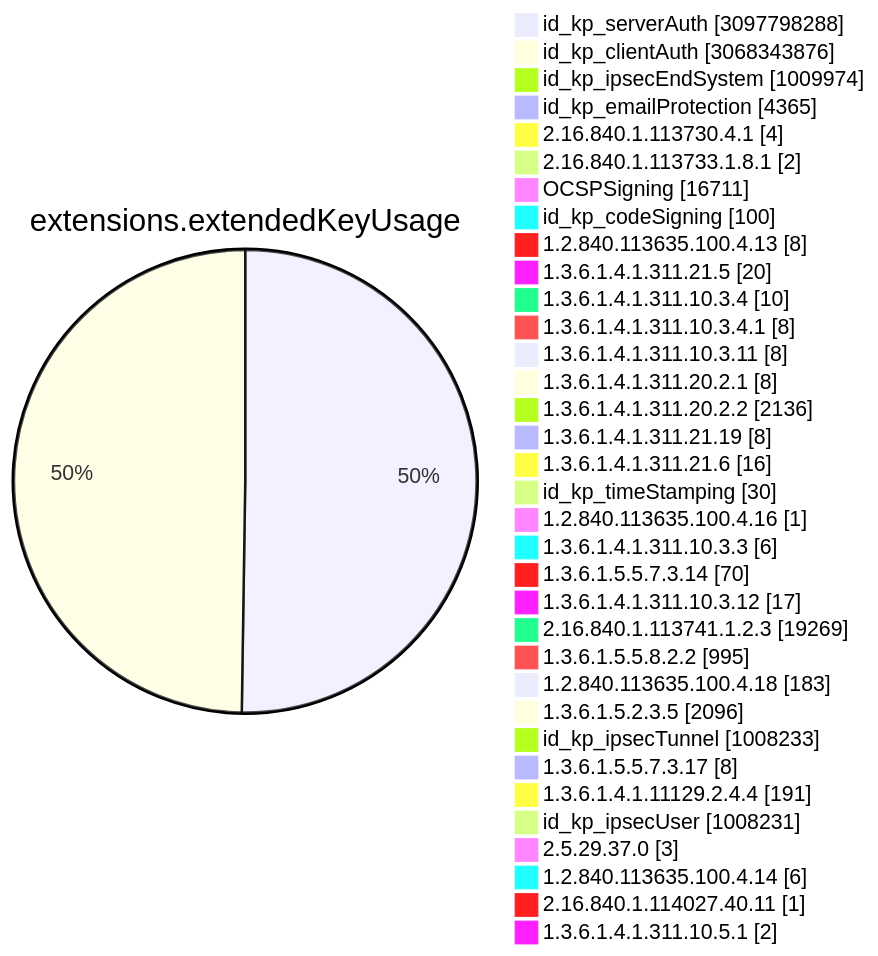
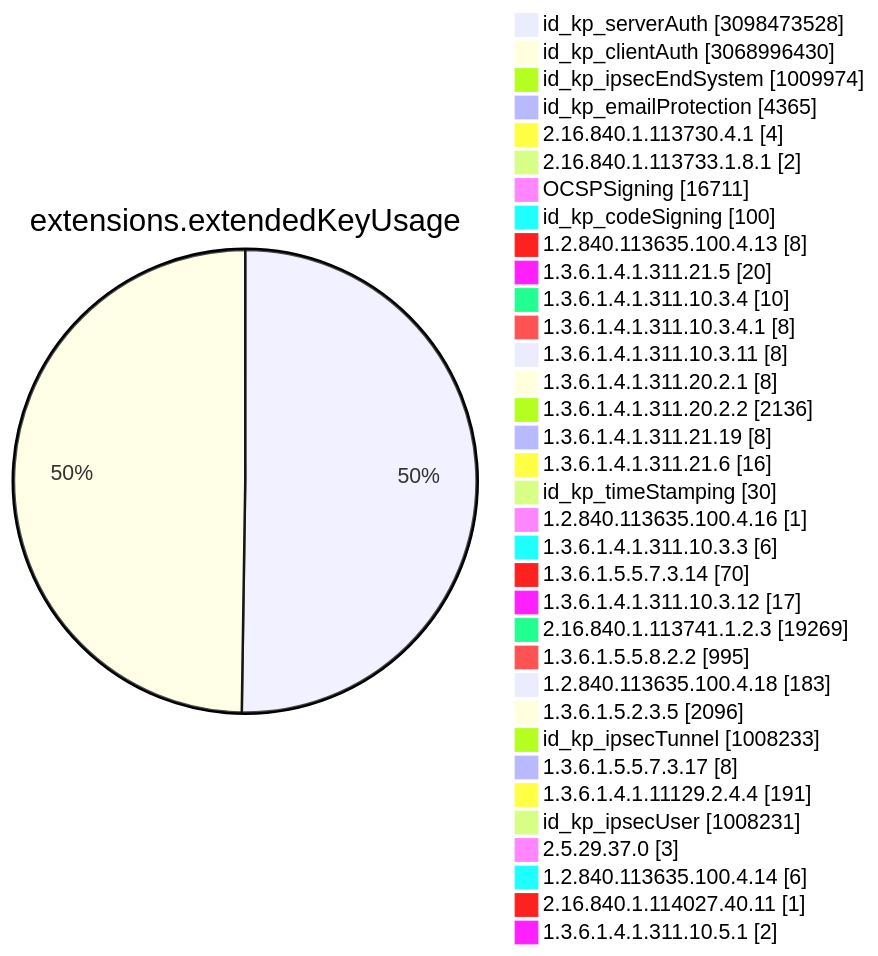
Before and after one commit to christiankrug/ctmonitor_visualization: diagram 11 of 15 in TOTAL/README.md, drawn with Mermaid. The commit also changed other lines of this file, not shown here.

````diff
--- a/TOTAL/README.md
+++ b/TOTAL/README.md
@@ -4117,38 +4117,38 @@
 ```mermaid
 pie showData
 title extensions.extendedKeyUsage
-"id_kp_serverAuth" :3097798288
-"id_kp_clientAuth" :3068343876
+"id_kp_serverAuth" :3098473528
+"id_kp_clientAuth" :3068996430
 "id_kp_ipsecEndSystem" :1009974
 "id_kp_emailProtection" :4365
 "2.16.840.1.113730.4.1" :4
 "2.16.840.1.113733.1.8.1" :2
 "OCSPSigning" :16711
 "id_kp_codeSigning" :100
 "1.2.840.113635.100.4.13" :8
 "1.3.6.1.4.1.311.21.5" :20
 "1.3.6.1.4.1.311.10.3.4" :10
 "1.3.6.1.4.1.311.10.3.4.1" :8
 "1.3.6.1.4.1.311.10.3.11" :8
 "1.3.6.1.4.1.311.20.2.1" :8
 "1.3.6.1.4.1.311.20.2.2" :2136
 "1.3.6.1.4.1.311.21.19" :8
 "1.3.6.1.4.1.311.21.6" :16
 "id_kp_timeStamping" :30
 "1.2.840.113635.100.4.16" :1
 "1.3.6.1.4.1.311.10.3.3" :6
 "1.3.6.1.5.5.7.3.14" :70
 "1.3.6.1.4.1.311.10.3.12" :17
 "2.16.840.1.113741.1.2.3" :19269
 "1.3.6.1.5.5.8.2.2" :995
 "1.2.840.113635.100.4.18" :183
 "1.3.6.1.5.2.3.5" :2096
 "id_kp_ipsecTunnel" :1008233
 "1.3.6.1.5.5.7.3.17" :8
 "1.3.6.1.4.1.11129.2.4.4" :191
 "id_kp_ipsecUser" :1008231
 "2.5.29.37.0" :3
 "1.2.840.113635.100.4.14" :6
 "2.16.840.1.114027.40.11" :1
 "1.3.6.1.4.1.311.10.5.1" :2
 ```
````
